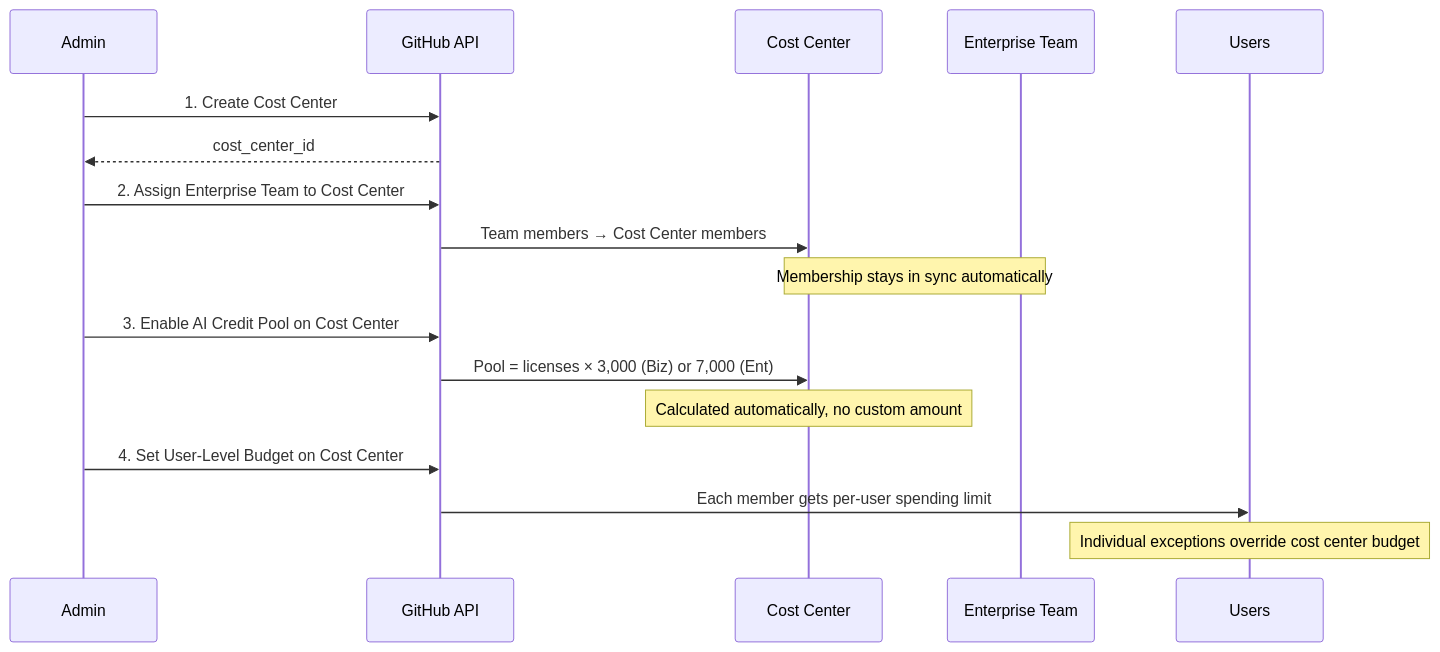
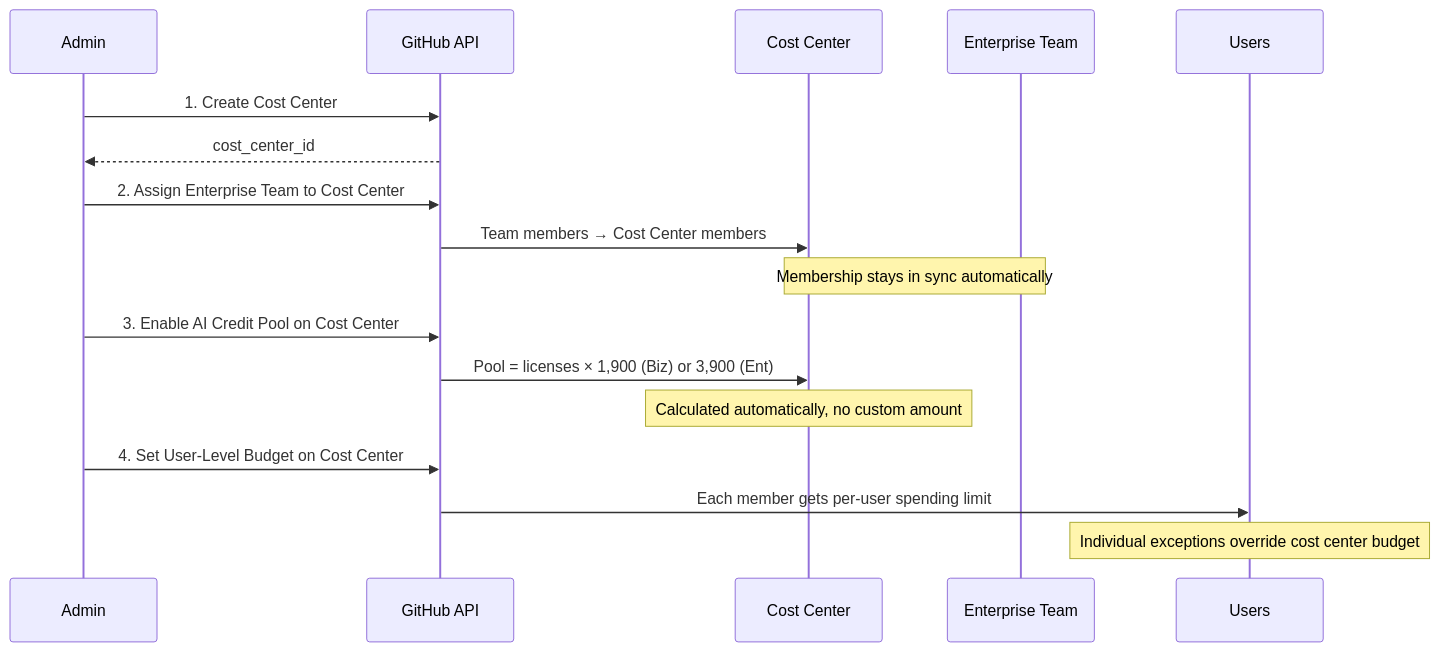
The fifth of 5 diagrams in README.md (Philess/ghcp_ai_budget_coach), drawn with Mermaid before and after one commit. The commit also changed other lines of this file and 20 other files, not shown here.

````diff
--- a/README.md
+++ b/README.md
@@ -121,23 +121,23 @@
 ```mermaid
 sequenceDiagram
     participant Admin
     participant API as GitHub API
     participant CC as Cost Center
     participant Team as Enterprise Team
     participant Users
 
     Admin->>API: 1. Create Cost Center
     API-->>Admin: cost_center_id
 
     Admin->>API: 2. Assign Enterprise Team to Cost Center
     API->>CC: Team members → Cost Center members
     Note over Team,CC: Membership stays in sync automatically
 
     Admin->>API: 3. Enable AI Credit Pool on Cost Center
-    API->>CC: Pool = licenses × 3,000 (Biz) or 7,000 (Ent)
+    API->>CC: Pool = licenses × 1,900 (Biz) or 3,900 (Ent)
     Note over CC: Calculated automatically, no custom amount
 
     Admin->>API: 4. Set User-Level Budget on Cost Center
     API->>Users: Each member gets per-user spending limit
     Note over Users: Individual exceptions override cost center budget
 ```
````
